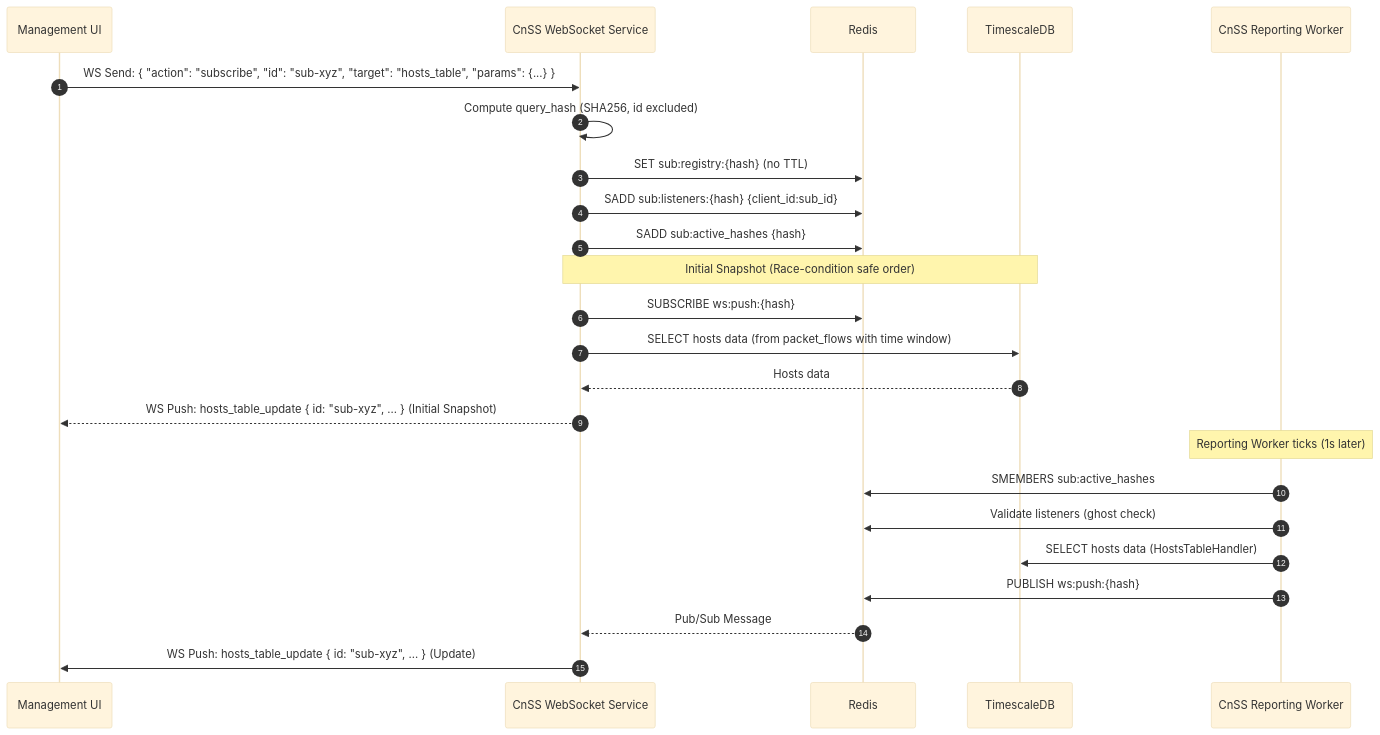
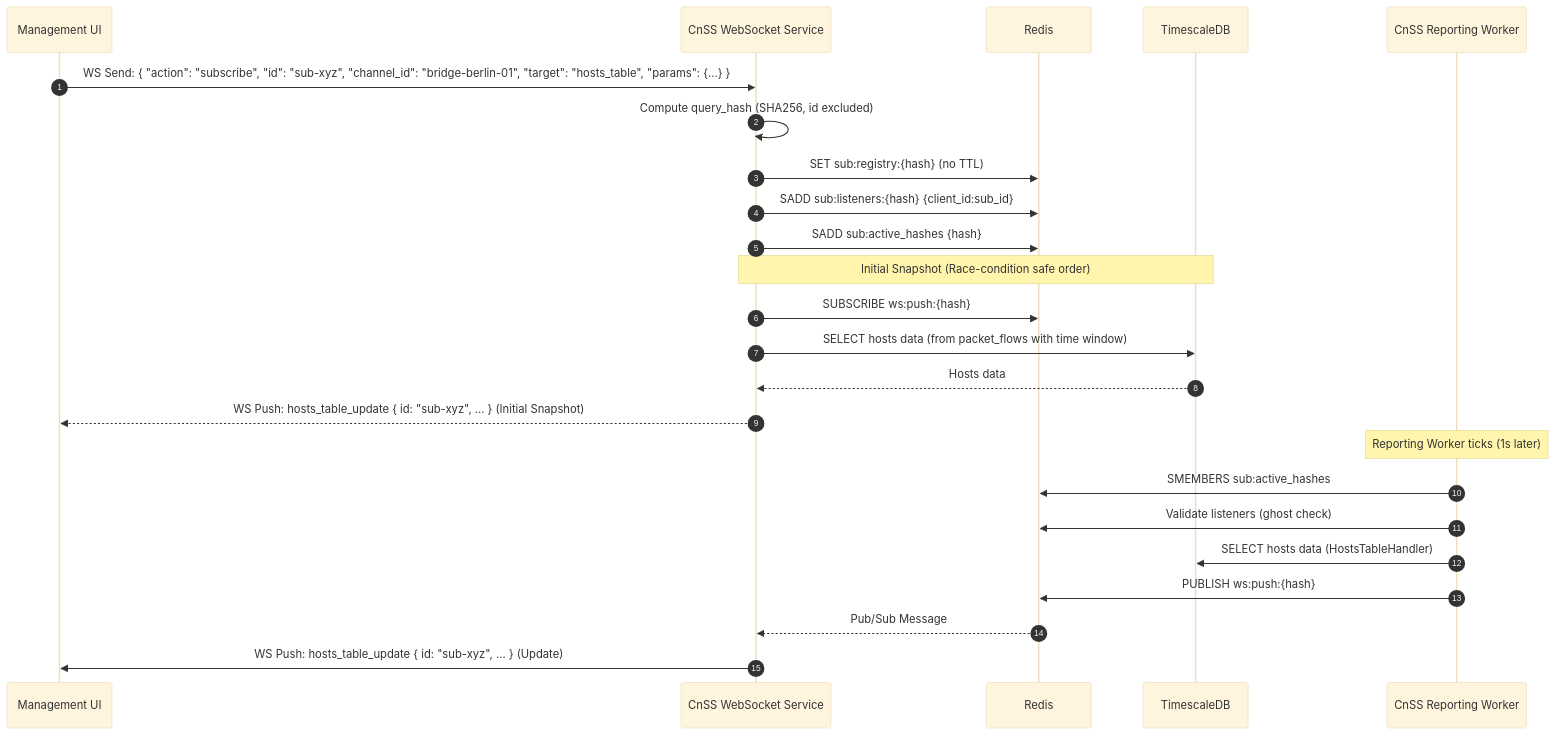
One commit to SWP-47/traffic-processing-platform changed the fifth of 5 diagrams in docs/system-documentation.md. Above: the diagram before and after it, drawn with Mermaid (base theme). The commit also changed other lines of this file and 11 other files, not shown here.

````diff
--- a/docs/system-documentation.md
+++ b/docs/system-documentation.md
@@ -365,29 +365,29 @@
 ```mermaid
 sequenceDiagram
     autonumber
     participant MUI as Management UI
     participant WS as CnSS WebSocket Service
     participant Redis as Redis
     participant DB as TimescaleDB
     participant Report as CnSS Reporting Worker
 
-    MUI->>WS: WS Send: { "action": "subscribe", "id": "sub-xyz", "target": "hosts_table", "params": {...} }
+    MUI->>WS: WS Send: { "action": "subscribe", "id": "sub-xyz", "channel_id": "bridge-berlin-01", "target": "hosts_table", "params": {...} }
     WS->>WS: Compute query_hash (SHA256, id excluded)
     WS->>Redis: SET sub:registry:{hash} (no TTL)
     WS->>Redis: SADD sub:listeners:{hash} {client_id:sub_id}
     WS->>Redis: SADD sub:active_hashes {hash}
     
     Note over WS,DB: Initial Snapshot (Race-condition safe order)
     WS->>Redis: SUBSCRIBE ws:push:{hash}
     WS->>DB: SELECT hosts data (from packet_flows with time window)
     DB-->>WS: Hosts data
     WS-->>MUI: WS Push: hosts_table_update { id: "sub-xyz", ... } (Initial Snapshot)
 
     Note over Report: Reporting Worker ticks (1s later)
     Report->>Redis: SMEMBERS sub:active_hashes
     Report->>Redis: Validate listeners (ghost check)
     Report->>DB: SELECT hosts data (HostsTableHandler)
     Report->>Redis: PUBLISH ws:push:{hash}
     Redis-->>WS: Pub/Sub Message
     WS->>MUI: WS Push: hosts_table_update { id: "sub-xyz", ... } (Update)
 ```
````
